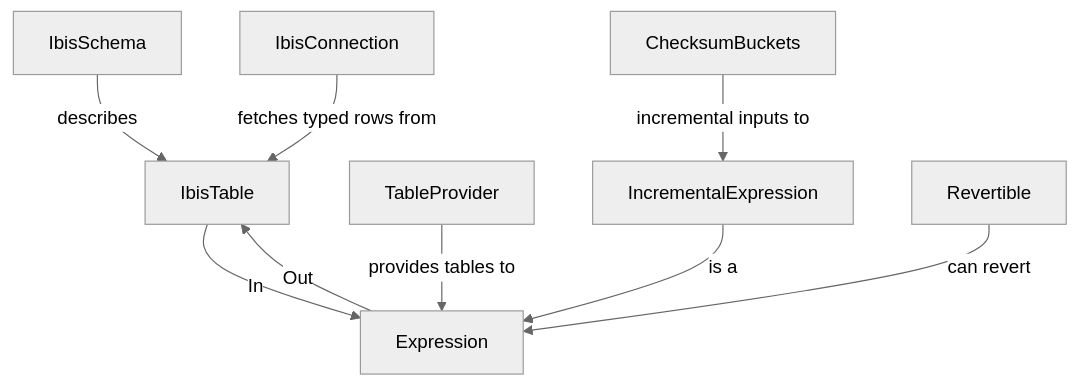
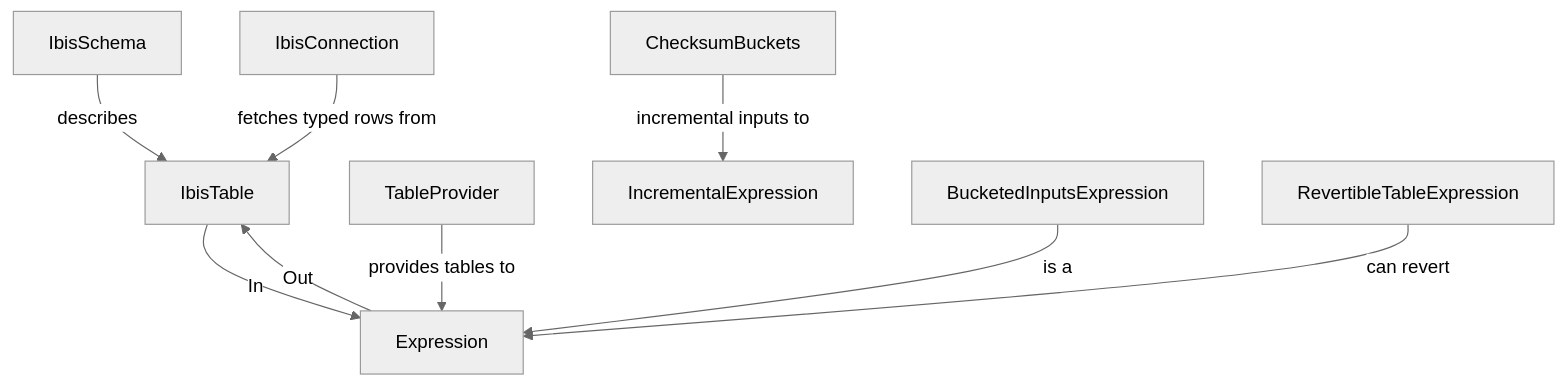
The diagram in README.md (FortnoxAB/ibis-typing), drawn with Mermaid (neutral theme) before and after one commit. The commit also changed other lines of this file, not shown here.

````diff
--- a/README.md
+++ b/README.md
@@ -91,11 +93,11 @@
 ```mermaid
 graph TD
     IbisSchema -->|describes| IbisTable
     IbisTable -->|In| Expression
     Expression -->|Out| IbisTable
     TableProvider -->|provides tables to| Expression
     IbisConnection -->|fetches typed rows from| IbisTable
     ChecksumBuckets -->|incremental inputs to| IncrementalExpression
-    IncrementalExpression -->|is a| Expression
-    Revertible -->|can revert| Expression
+    BucketedInputsExpression -->|is a| Expression
+    RevertibleTableExpression -->|can revert| Expression
 ```
````
